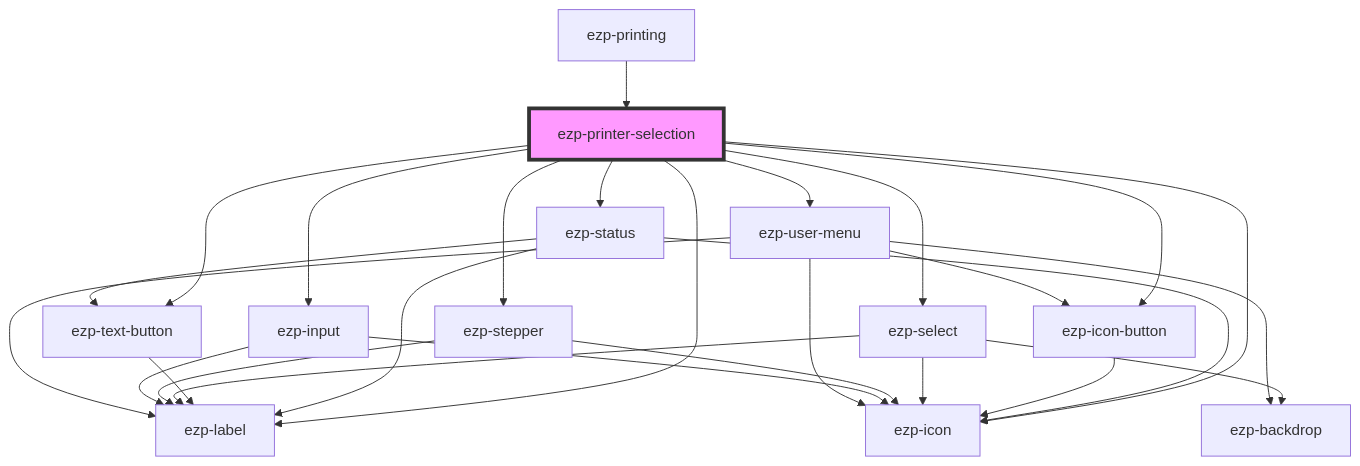
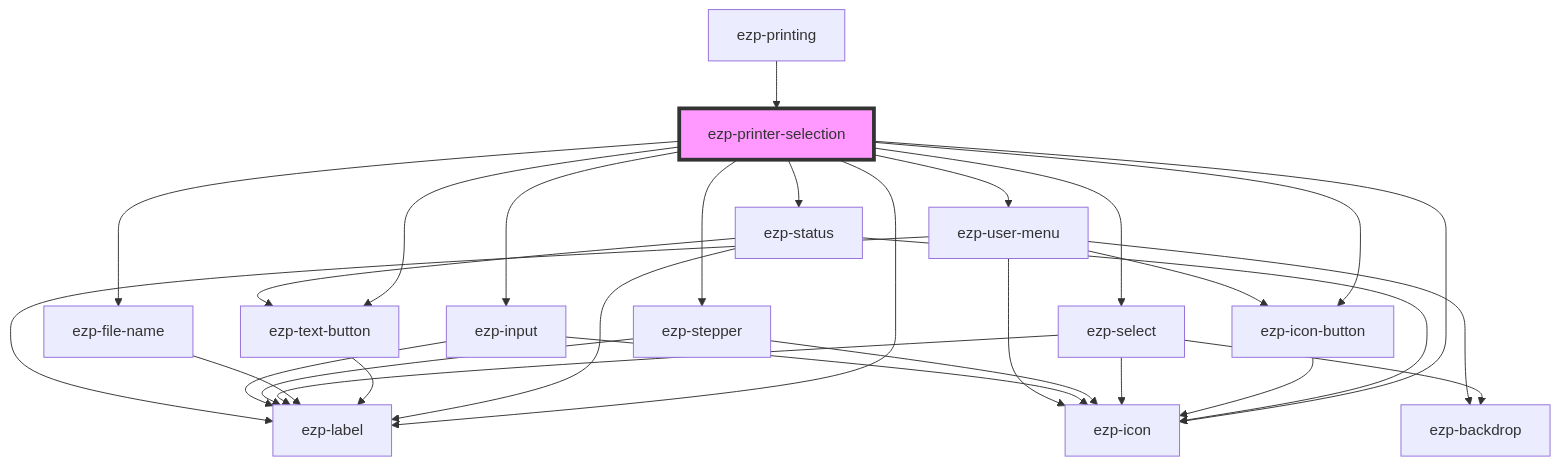
The diagram in src/components/ezp-printer-selection/readme.md (ezeep/ezeep-js), drawn with Mermaid before and after one commit. The commit also changed other lines of this file and 3 other files, not shown here.

First line of the commit message:
docs(components): regenerate readmes for ezp-file-name and isTruncated

````diff
--- a/src/components/ezp-printer-selection/readme.md
+++ b/src/components/ezp-printer-selection/readme.md
@@ -50,30 +51,32 @@
 ```mermaid
 graph TD;
   ezp-printer-selection --> ezp-status
   ezp-printer-selection --> ezp-label
   ezp-printer-selection --> ezp-icon-button
   ezp-printer-selection --> ezp-icon
+  ezp-printer-selection --> ezp-file-name
   ezp-printer-selection --> ezp-select
   ezp-printer-selection --> ezp-stepper
   ezp-printer-selection --> ezp-input
   ezp-printer-selection --> ezp-text-button
   ezp-printer-selection --> ezp-user-menu
   ezp-status --> ezp-icon
   ezp-status --> ezp-label
   ezp-status --> ezp-text-button
   ezp-text-button --> ezp-label
   ezp-icon-button --> ezp-icon
+  ezp-file-name --> ezp-label
   ezp-select --> ezp-backdrop
   ezp-select --> ezp-icon
   ezp-select --> ezp-label
   ezp-stepper --> ezp-icon
   ezp-stepper --> ezp-label
   ezp-input --> ezp-icon
   ezp-input --> ezp-label
   ezp-user-menu --> ezp-backdrop
   ezp-user-menu --> ezp-label
   ezp-user-menu --> ezp-icon-button
   ezp-user-menu --> ezp-icon
   ezp-printing --> ezp-printer-selection
   style ezp-printer-selection fill:#f9f,stroke:#333,stroke-width:4px
 ```
````
